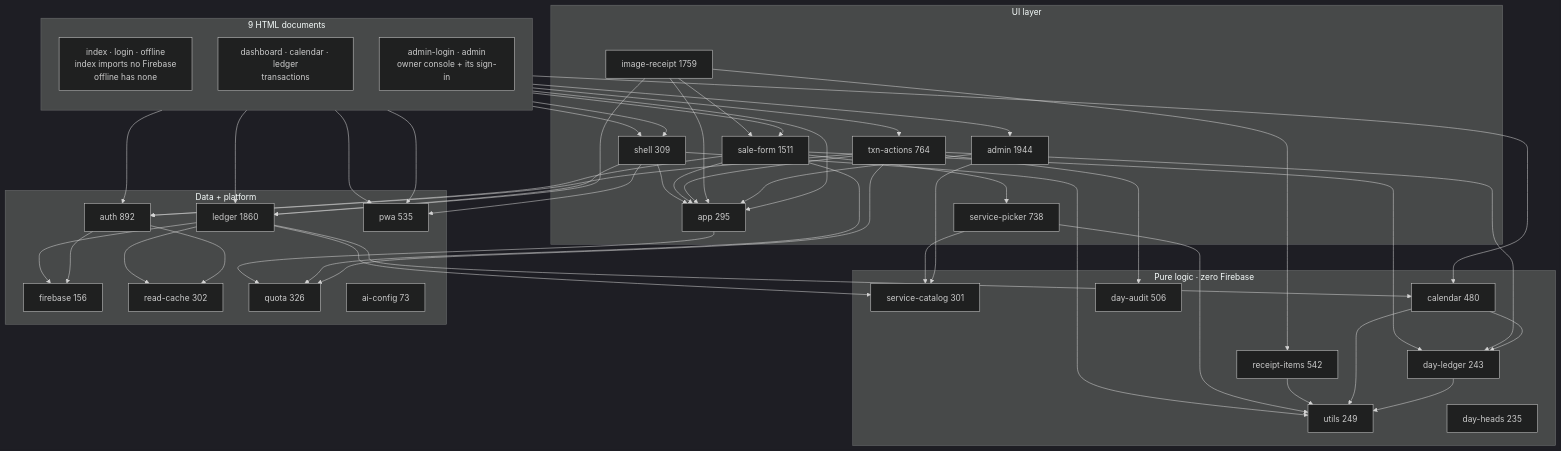
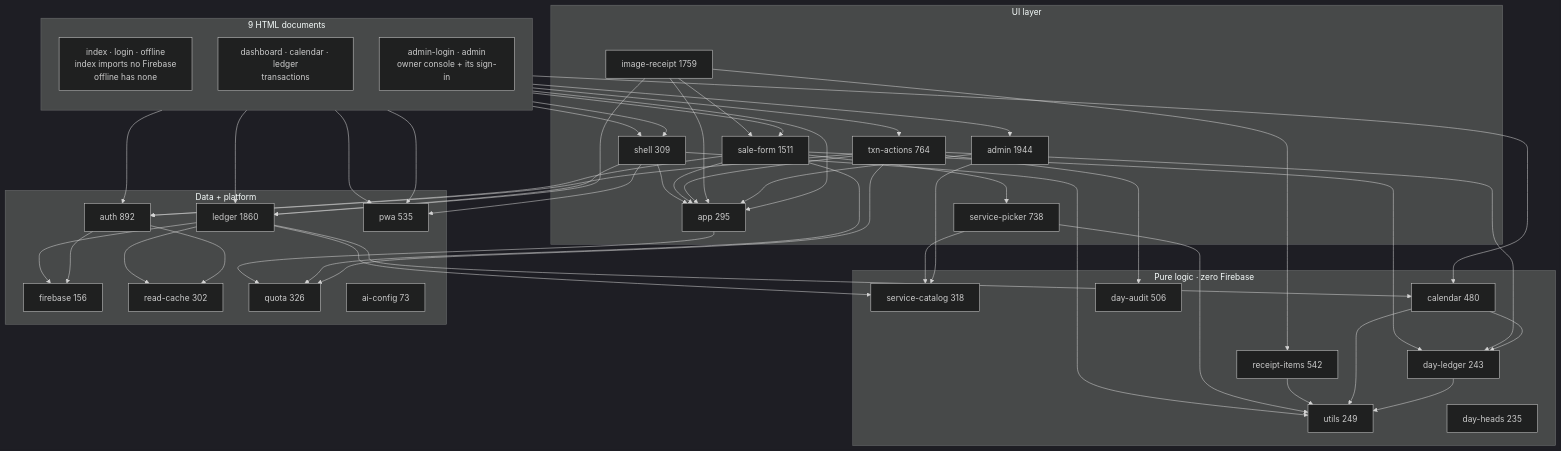
One commit to arshinmrelju/leadger changed the diagram in docs/ARCHITECTURE.md. Above: the diagram before and after it, drawn with Mermaid (dark theme). The commit also changed other lines of this file and 4 other files, not shown here.

```diff
--- a/docs/ARCHITECTURE.md
+++ b/docs/ARCHITECTURE.md
@@ -23,7 +23,7 @@
 
     subgraph PURE["Pure logic · zero Firebase"]
         UTIL["utils 249"]
-        CAT["service-catalog 301"]
+        CAT["service-catalog 318"]
         DH["day-heads 235"]
         DL["day-ledger 243"]
         CAL["calendar 480"]
```
